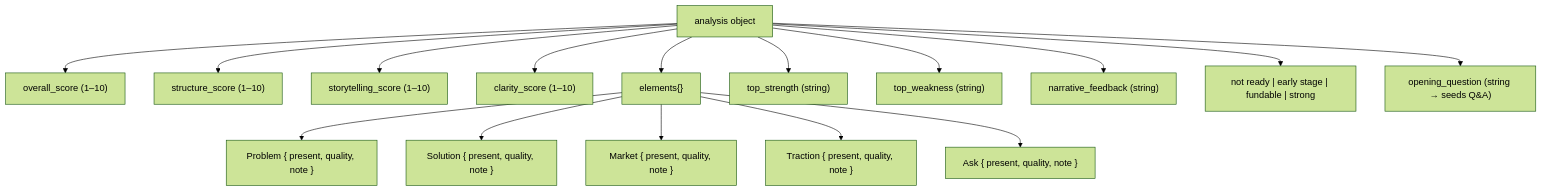
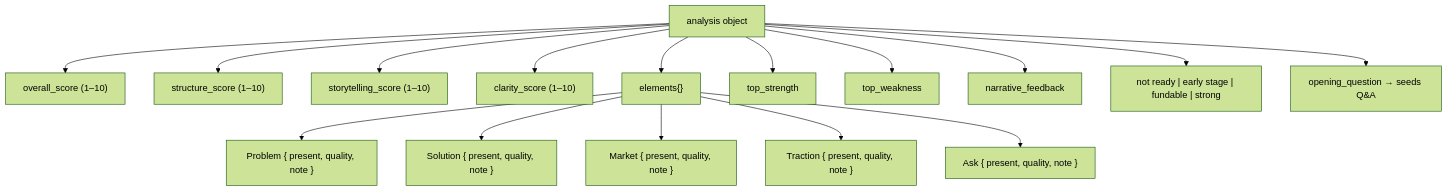
One commit to srivi19/pitchmirror changed the eighth of 10 diagrams in architecture.md. Above: the diagram before and after it, drawn with Mermaid (forest theme). The commit also changed other lines of this file and 1 other file, not shown here.

Commit message:
Update README and architecture.md: Express proxy, voice I/O, back/download buttons, deployment guide

````diff
--- a/architecture.md
+++ b/architecture.md
@@ -215,19 +251,19 @@
 ```mermaid
 graph TD
     Analysis["analysis object"]
     Analysis --> overall_score["overall_score (1–10)"]
     Analysis --> structure_score["structure_score (1–10)"]
     Analysis --> storytelling_score["storytelling_score (1–10)"]
     Analysis --> clarity_score["clarity_score (1–10)"]
     Analysis --> elements["elements{}"]
     elements --> Problem["Problem { present, quality, note }"]
     elements --> Solution["Solution { present, quality, note }"]
     elements --> Market["Market { present, quality, note }"]
     elements --> Traction["Traction { present, quality, note }"]
     elements --> Ask["Ask { present, quality, note }"]
-    Analysis --> top_strength["top_strength (string)"]
-    Analysis --> top_weakness["top_weakness (string)"]
-    Analysis --> narrative_feedback["narrative_feedback (string)"]
+    Analysis --> top_strength["top_strength"]
+    Analysis --> top_weakness["top_weakness"]
+    Analysis --> narrative_feedback["narrative_feedback"]
     Analysis --> investor_readiness["not ready | early stage | fundable | strong"]
-    Analysis --> opening_question["opening_question (string → seeds Q&A)"]
+    Analysis --> opening_question["opening_question → seeds Q&A"]
 ```
````
